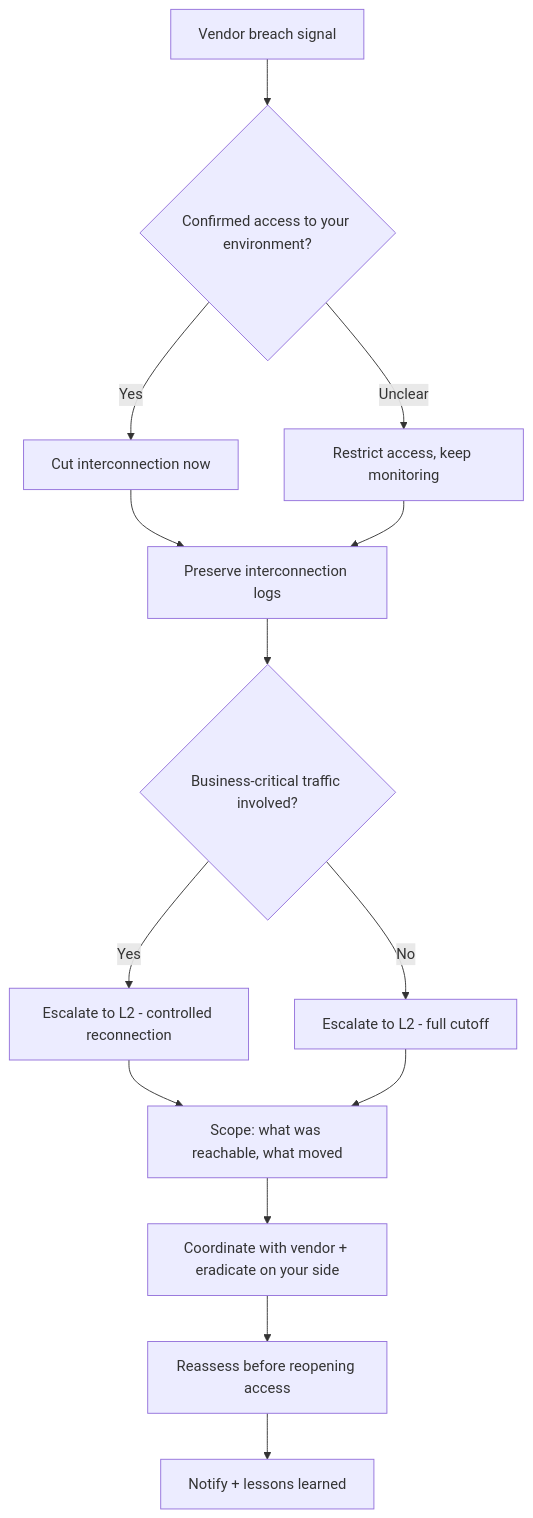
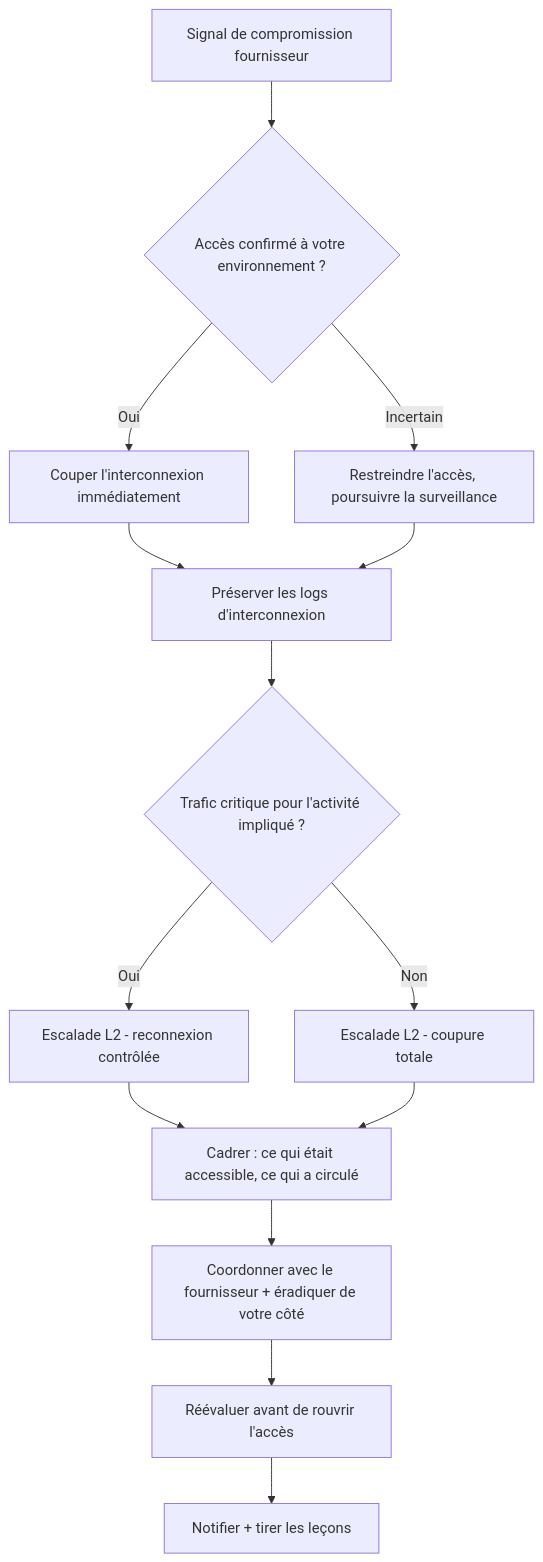
The diagram in docs/fr/runbooks/supply-chain-compromise.md (MiracleDvm/ir-firstline), drawn with Mermaid before and after one commit. The commit also changed 11 other files, not shown here.

Commit message:
Translate Mermaid decision tree labels into French on all FR runbooks

````diff
--- a/docs/fr/runbooks/supply-chain-compromise.md
+++ b/docs/fr/runbooks/supply-chain-compromise.md
@@ -27,16 +27,16 @@
 ```mermaid
 flowchart TD
-    A[Vendor breach signal] --> B{Confirmed access to your environment?}
-    B -->|Yes| C[Cut interconnection now]
-    B -->|Unclear| D[Restrict access, keep monitoring]
-    C --> E[Preserve interconnection logs]
+    A[Signal de compromission fournisseur] --> B{Accès confirmé à votre environnement ?}
+    B -->|Oui| C[Couper l'interconnexion immédiatement]
+    B -->|Incertain| D[Restreindre l'accès, poursuivre la surveillance]
+    C --> E[Préserver les logs d'interconnexion]
     D --> E
-    E --> F{Business-critical traffic involved?}
-    F -->|Yes| G[Escalate to L2 - controlled reconnection]
-    F -->|No| H[Escalate to L2 - full cutoff]
-    G --> I[Scope: what was reachable, what moved]
+    E --> F{Trafic critique pour l'activité impliqué ?}
+    F -->|Oui| G[Escalade L2 - reconnexion contrôlée]
+    F -->|Non| H[Escalade L2 - coupure totale]
+    G --> I[Cadrer : ce qui était accessible, ce qui a circulé]
     H --> I
-    I --> J[Coordinate with vendor + eradicate on your side]
-    J --> K[Reassess before reopening access]
-    K --> L[Notify + lessons learned]
+    I --> J[Coordonner avec le fournisseur + éradiquer de votre côté]
+    J --> K[Réévaluer avant de rouvrir l'accès]
+    K --> L[Notifier + tirer les leçons]
 ```
````
